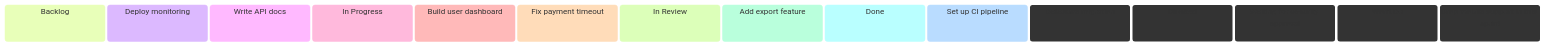
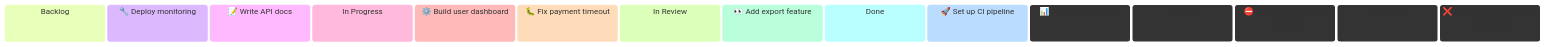
The diagram in agentic/markdown_templates/kanban.md (blazintrailssarah/agent-project), drawn with Mermaid before and after one commit. The commit also changed 2 other files, not shown here.

Commit message:
fix(docs): fix kanban template and boards - proper mermaid format with emojis

````diff
--- a/agentic/markdown_templates/kanban.md
+++ b/agentic/markdown_templates/kanban.md
@@ -54,18 +54,18 @@
 ```mermaid
 kanban
 Backlog
-task1[Deploy monitoring]
-task2[Write API docs]
+task1[🔧 Deploy monitoring]
+task2[📝 Write API docs]
 In Progress
-task3[Build user dashboard]
-task4[Fix payment timeout]
+task3[⚙️ Build user dashboard]
+task4[🐛 Fix payment timeout]
 In Review
-task5[Add export feature]
+task5[👀 Add export feature]
 Done
-task5[Set up CI pipeline]
-task6[Database migration]
+task6[🚀 Set up CI pipeline]
+task7[📊 Database migration]
 Blocked
-task7[Waiting for security approval]
+task8[⛔ Waiting for security approval]
 Won't Do
-task8[Drop mobile support in this sprint]
+task9[❌ Drop mobile support in this sprint]
 ```
````
